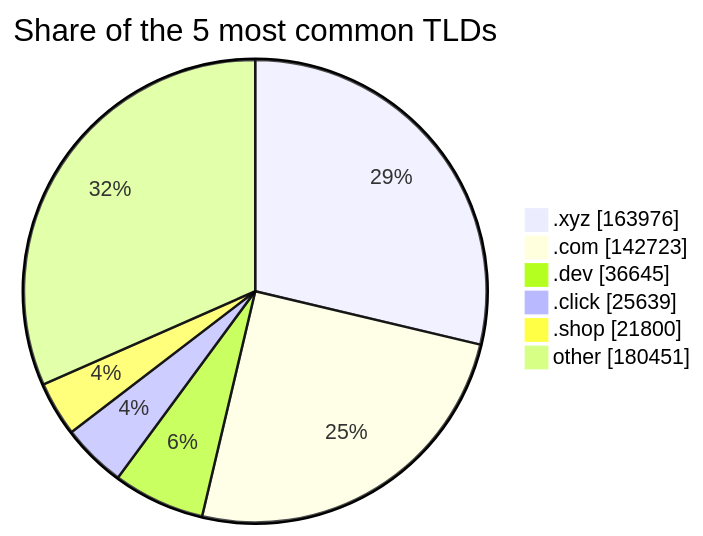
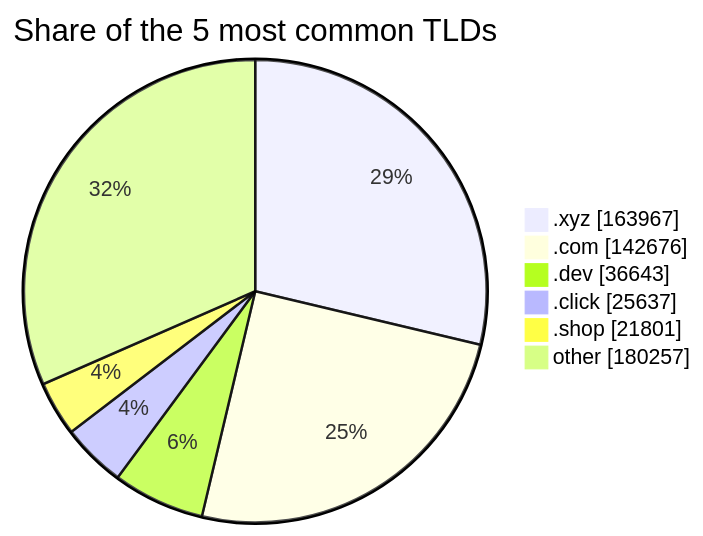
Before and after one commit to DNSBunker/CTI: the third of 3 diagrams in README.md, drawn with Mermaid. The commit also changed other lines of this file and 3 other files, not shown here.

````diff
--- a/README.md
+++ b/README.md
@@ -81,9 +81,9 @@
 ```mermaid
 pie showData title Share of the 5 most common TLDs
-    ".xyz" : 163976
-    ".com" : 142723
-    ".dev" : 36645
-    ".click" : 25639
-    ".shop" : 21800
-    "other" : 180451
+    ".xyz" : 163967
+    ".com" : 142676
+    ".dev" : 36643
+    ".click" : 25637
+    ".shop" : 21801
+    "other" : 180257
 ```
````
